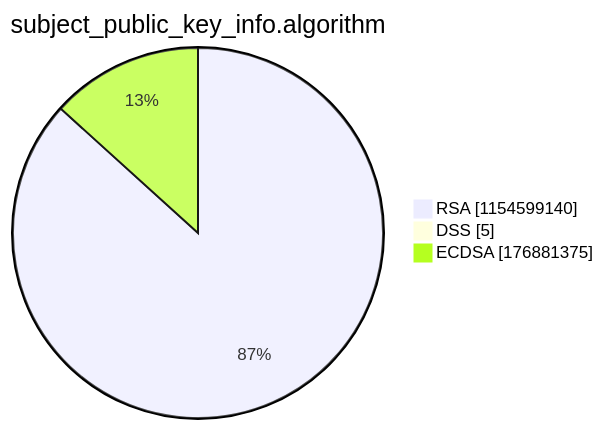
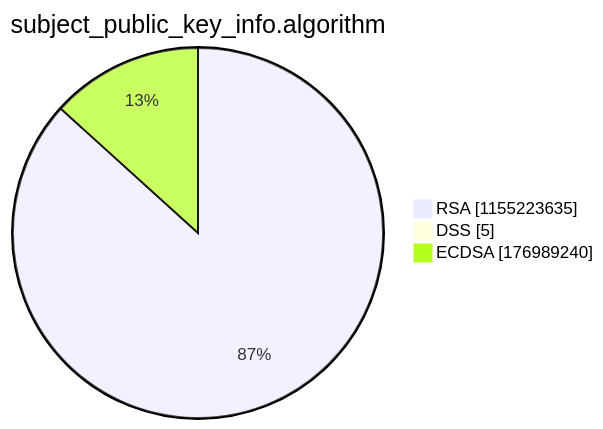
Before and after one commit to christiankrug/ctmonitor_visualization: the third of 15 diagrams in argon2022/README.md, drawn with Mermaid. The commit also changed other lines of this file, not shown here.

````diff
--- a/argon2022/README.md
+++ b/argon2022/README.md
@@ -14,7 +14,7 @@
 ```mermaid
 pie showData
 title subject_public_key_info.algorithm
-"RSA" :1154599140
+"RSA" :1155223635
 "DSS" :5
-"ECDSA" :176881375
+"ECDSA" :176989240
 ```
````
